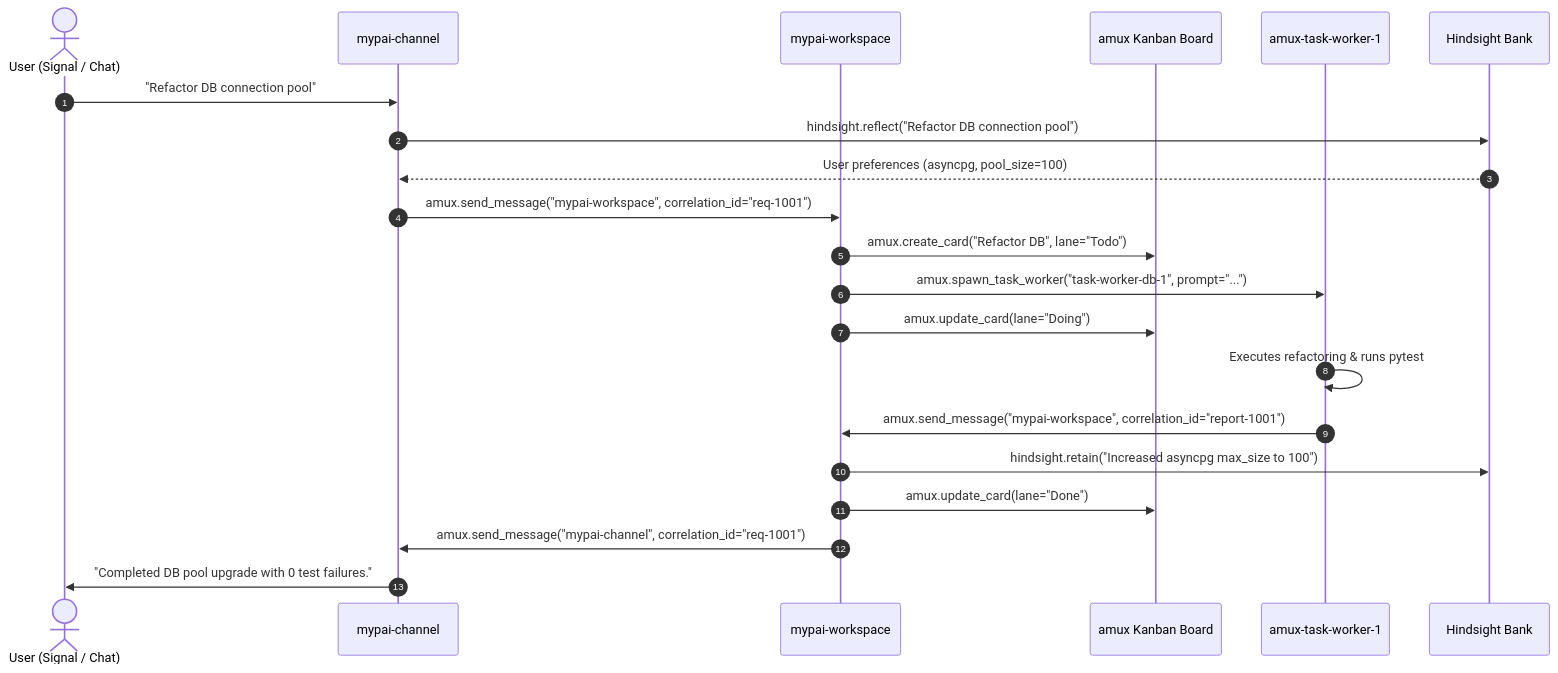
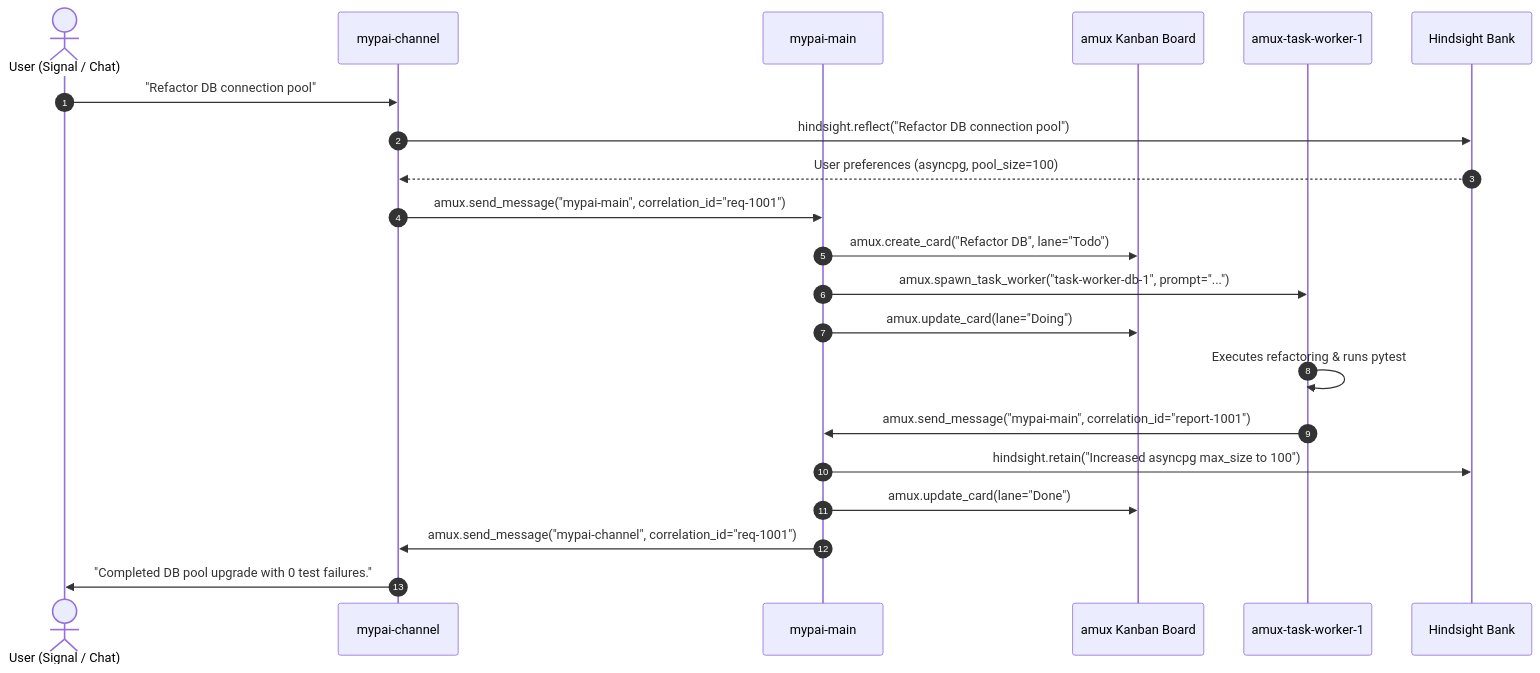
The second of 2 diagrams in references/mypai-test.md (wuxxin/mypai), drawn with Mermaid before and after one commit. The commit also changed other lines of this file and 13 other files, not shown here.

First line of the commit message:
refactor(mesh): rename mypai-workspace to mypai-main across configs, agents, and documentation

````diff
--- a/references/mypai-test.md
+++ b/references/mypai-test.md
@@ -99,27 +99,27 @@
 ```mermaid
 sequenceDiagram
     autonumber
     actor User as User (Signal / Chat)
     participant Channel as mypai-channel
-    participant Workspace as mypai-workspace
+    participant Main as mypai-main
     participant Board as amux Kanban Board
     participant Worker as amux-task-worker-1
     participant Memory as Hindsight Bank
 
     User->>Channel: "Refactor DB connection pool"
     Channel->>Memory: hindsight.reflect("Refactor DB connection pool")
     Memory-->>Channel: User preferences (asyncpg, pool_size=100)
-    Channel->>Workspace: amux.send_message("mypai-workspace", correlation_id="req-1001")
+    Channel->>Main: amux.send_message("mypai-main", correlation_id="req-1001")
     
-    Workspace->>Board: amux.create_card("Refactor DB", lane="Todo")
-    Workspace->>Worker: amux.spawn_task_worker("task-worker-db-1", prompt="...")
-    Workspace->>Board: amux.update_card(lane="Doing")
+    Main->>Board: amux.create_card("Refactor DB", lane="Todo")
+    Main->>Worker: amux.spawn_task_worker("task-worker-db-1", prompt="...")
+    Main->>Board: amux.update_card(lane="Doing")
     
     Worker->>Worker: Executes refactoring & runs pytest
-    Worker->>Workspace: amux.send_message("mypai-workspace", correlation_id="report-1001")
+    Worker->>Main: amux.send_message("mypai-main", correlation_id="report-1001")
     
-    Workspace->>Memory: hindsight.retain("Increased asyncpg max_size to 100")
-    Workspace->>Board: amux.update_card(lane="Done")
-    Workspace->>Channel: amux.send_message("mypai-channel", correlation_id="req-1001")
+    Main->>Memory: hindsight.retain("Increased asyncpg max_size to 100")
+    Main->>Board: amux.update_card(lane="Done")
+    Main->>Channel: amux.send_message("mypai-channel", correlation_id="req-1001")
     Channel->>User: "Completed DB pool upgrade with 0 test failures."
 ```
````
